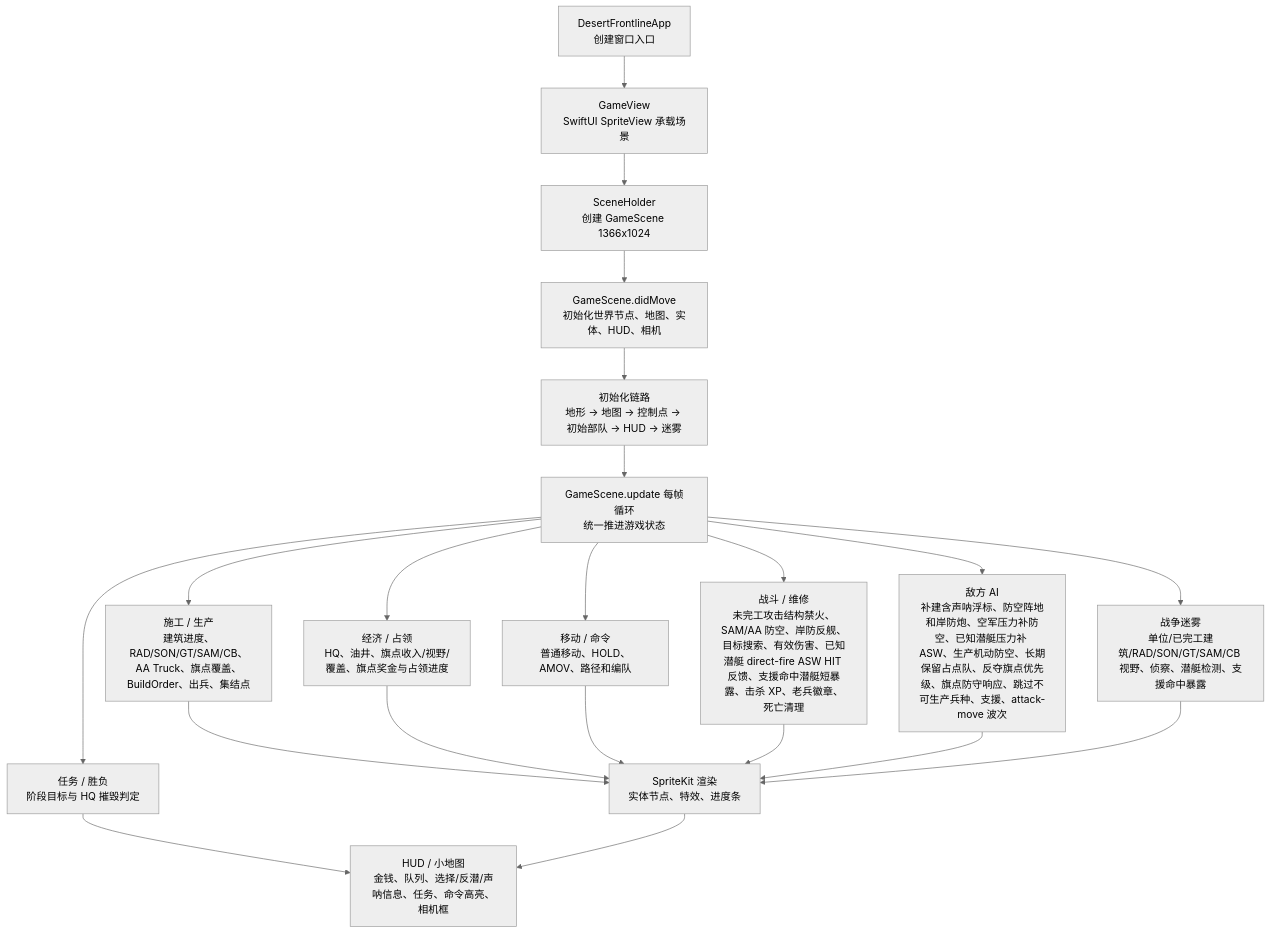
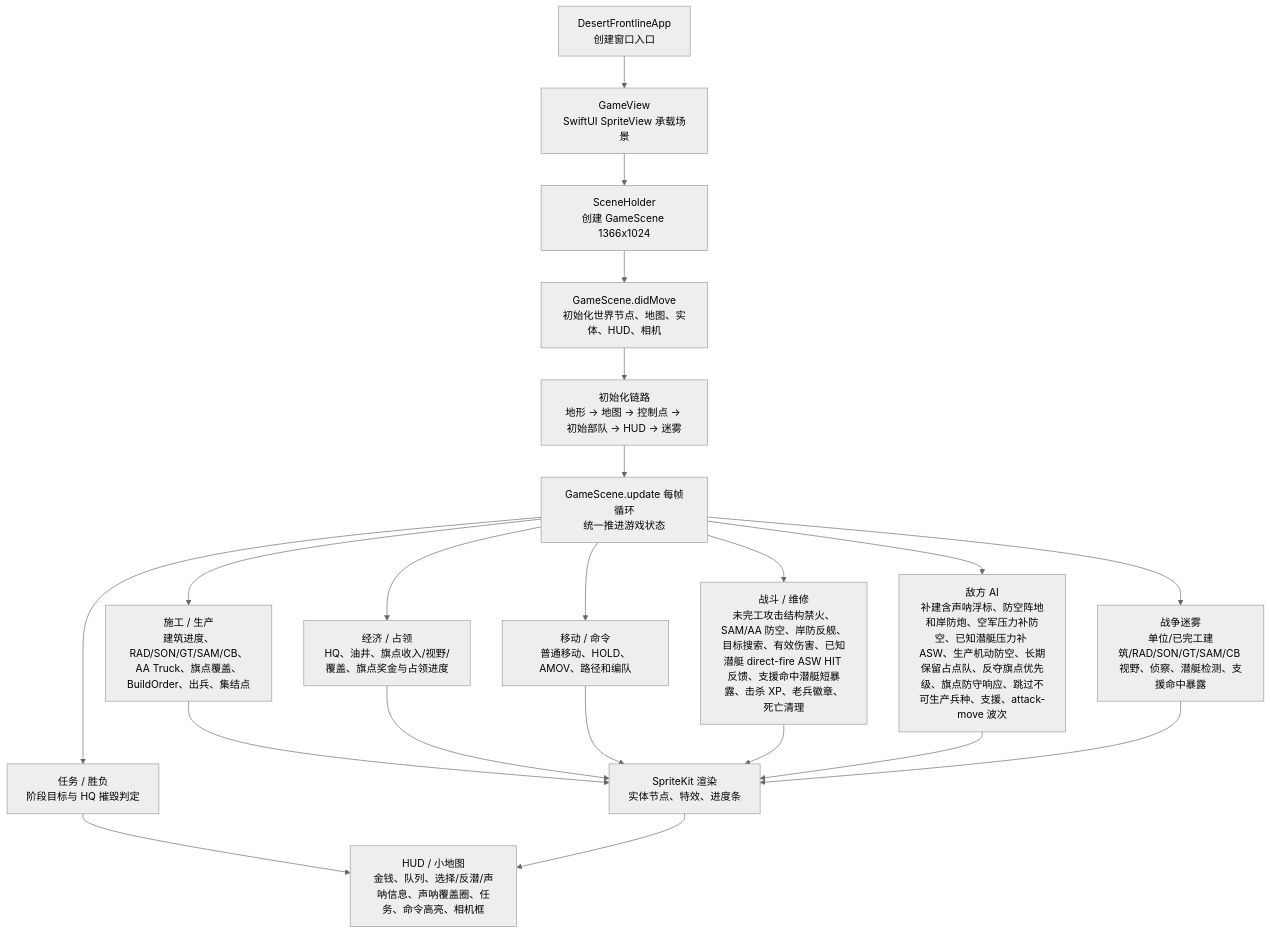
Before and after one commit to Altman-sam114/1145: the first of 3 diagrams in md/flow/flowchart.md, drawn with Mermaid (neutral theme). The commit also changed 4 other files, not shown here.

````diff
--- a/md/flow/flowchart.md
+++ b/md/flow/flowchart.md
@@ -9,23 +9,23 @@
 ```mermaid
 flowchart TD
   App["DesertFrontlineApp\n创建窗口入口"] --> View["GameView\nSwiftUI SpriteView 承载场景"]
   View --> Holder["SceneHolder\n创建 GameScene 1366x1024"]
   Holder --> Scene["GameScene.didMove\n初始化世界节点、地图、实体、HUD、相机"]
   Scene --> Init["初始化链路\n地形 -> 地图 -> 控制点 -> 初始部队 -> HUD -> 迷雾"]
   Init --> Loop["GameScene.update 每帧循环\n统一推进游戏状态"]
   Loop --> Build["施工 / 生产\n建筑进度、RAD/SON/GT/SAM/CB、AA Truck、旗点覆盖、BuildOrder、出兵、集结点"]
   Loop --> Economy["经济 / 占领\nHQ、油井、旗点收入/视野/覆盖、旗点奖金与占领进度"]
   Loop --> Commands["移动 / 命令\n普通移动、HOLD、AMOV、路径和编队"]
   Loop --> Combat["战斗 / 维修\n未完工攻击结构禁火、SAM/AA 防空、岸防反舰、目标搜索、有效伤害、已知潜艇 direct-fire ASW HIT 反馈、支援命中潜艇短暴露、击杀 XP、老兵徽章、死亡清理"]
   Loop --> AI["敌方 AI\n补建含声呐浮标、防空阵地和岸防炮、空军压力补防空、已知潜艇压力补 ASW、生产机动防空、长期保留占点队、反夺旗点优先级、旗点防守响应、跳过不可生产兵种、支援、attack-move 波次"]
   Loop --> Fog["战争迷雾\n单位/已完工建筑/RAD/SON/GT/SAM/CB 视野、侦察、潜艇检测、支援命中暴露"]
   Loop --> Mission["任务 / 胜负\n阶段目标与 HQ 摧毁判定"]
   Build --> Render["SpriteKit 渲染\n实体节点、特效、进度条"]
   Economy --> Render
   Commands --> Render
   Combat --> Render
   AI --> Render
   Fog --> Render
-  Mission --> HUD["HUD / 小地图\n金钱、队列、选择/反潜/声呐信息、任务、命令高亮、相机框"]
+  Mission --> HUD["HUD / 小地图\n金钱、队列、选择/反潜/声呐信息、声呐覆盖圈、任务、命令高亮、相机框"]
   Render --> HUD
 ```
````
